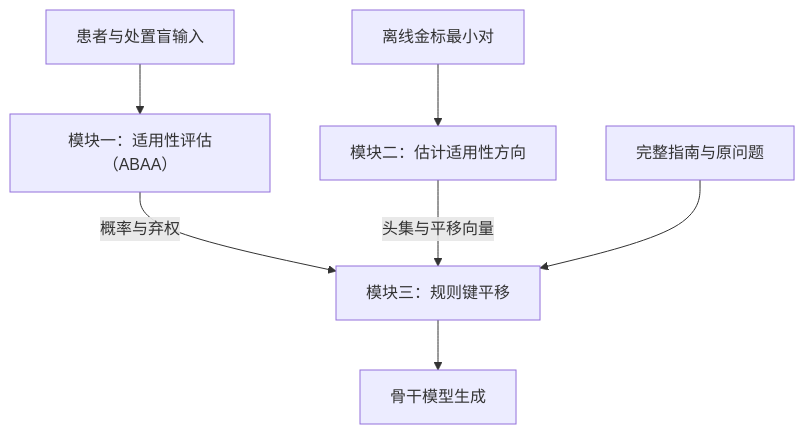
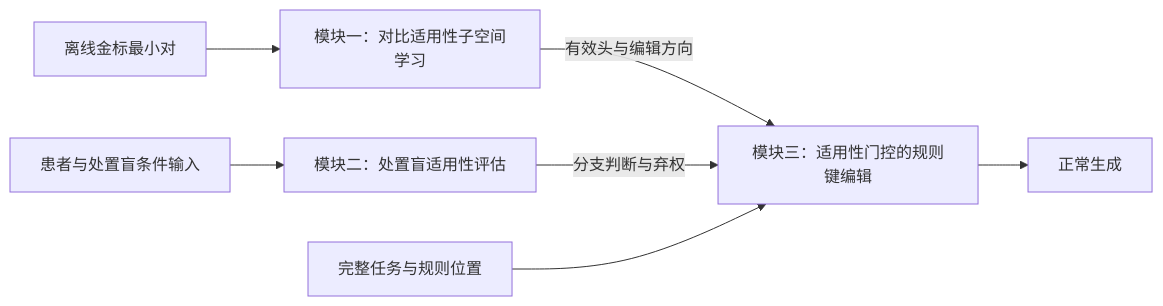
The diagram in docs/ASTER/manuscript.zh.md (chunxi-alpc/TRIAGE), drawn with Mermaid before and after one commit. The commit also changed other lines of this file and 25 other files, not shown here.

````diff
--- a/docs/ASTER/manuscript.zh.md
+++ b/docs/ASTER/manuscript.zh.md
@@ -188,9 +89,9 @@
 ```mermaid
-flowchart TD
-  P["患者与处置盲输入"] --> M1["模块一：适用性评估（ABAA）"]
-  D["离线金标最小对"] --> M2["模块二：估计适用性方向"]
-  M1 -->|"概率与弃权"| M3["模块三：规则键平移"]
-  M2 -->|"头集与平移向量"| M3
-  G["完整指南与原问题"] --> M3
-  M3 --> Y["骨干模型生成"]
+flowchart LR
+  D["离线金标最小对"] --> M1["模块一：对比适用性子空间学习"]
+  P["患者与处置盲条件输入"] --> M2["模块二：处置盲适用性评估"]
+  M1 -->|"有效头与编辑方向"| M3["模块三：适用性门控的规则键编辑"]
+  M2 -->|"分支判断与弃权"| M3
+  G["完整任务与规则位置"] --> M3
+  M3 --> Y["正常生成"]
 ```
````
